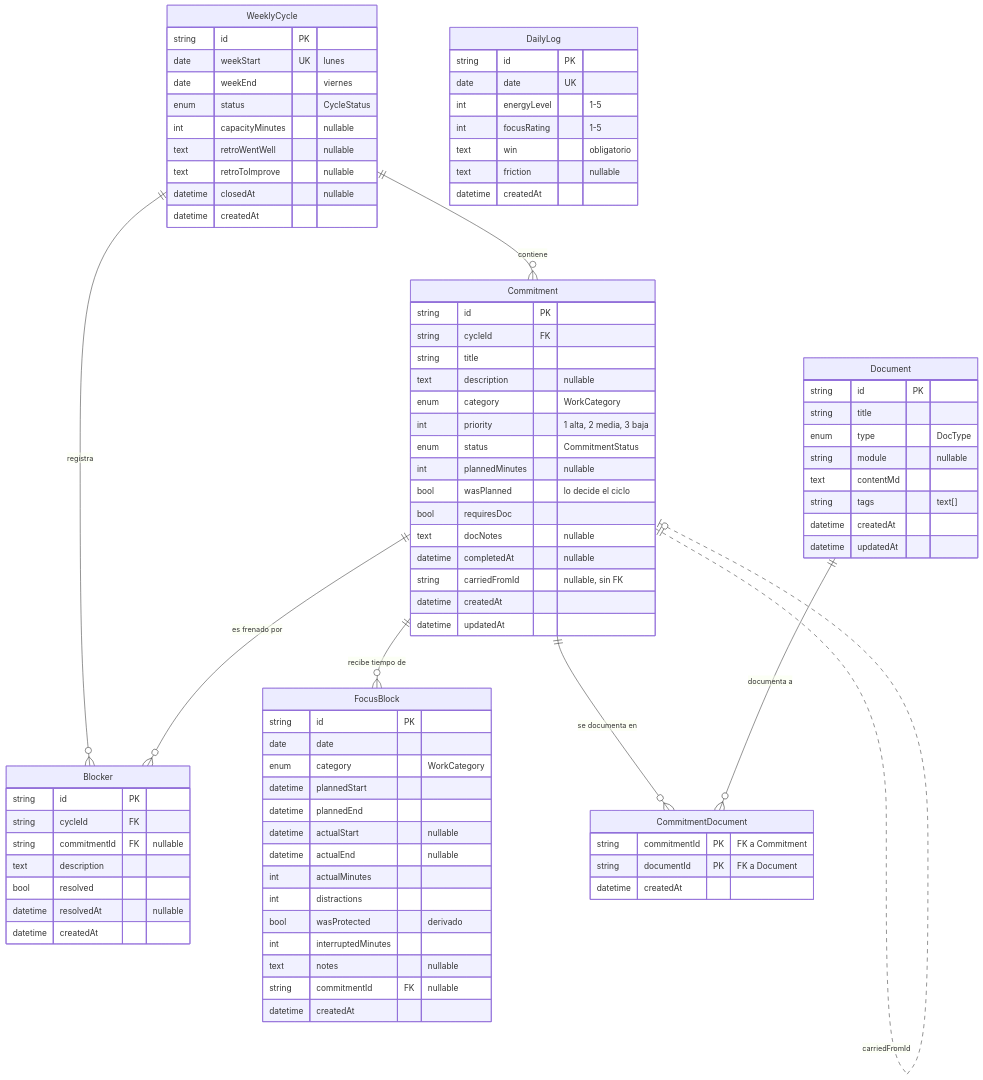
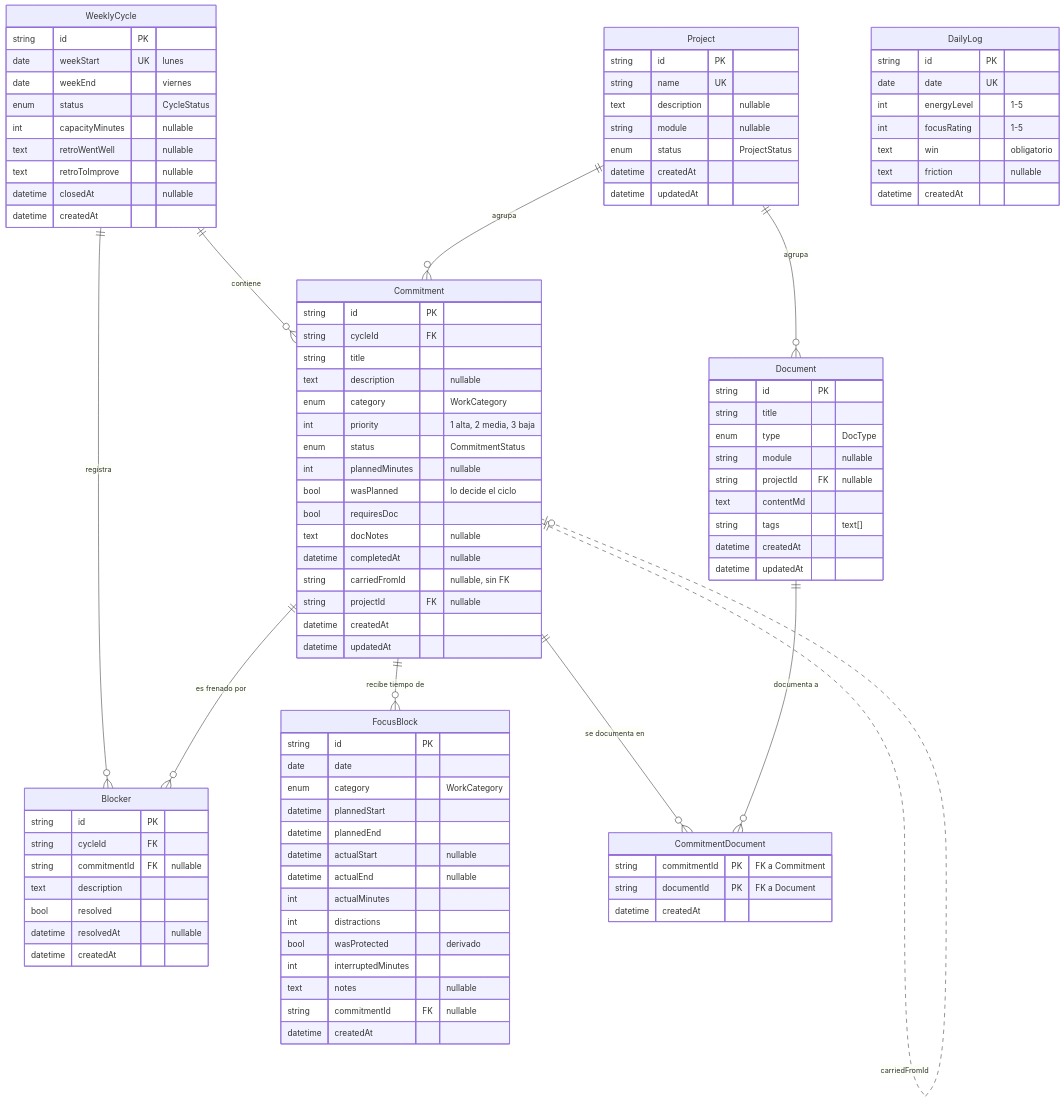
Before and after one commit to AlexanderG8/ritmo: the diagram in docs/UML-ACHITEC-TEC.md, drawn with Mermaid. The commit also changed other lines of this file and 46 other files, not shown here.

```diff
--- a/docs/UML-ACHITEC-TEC.md
+++ b/docs/UML-ACHITEC-TEC.md
@@ -18,11 +18,23 @@
 erDiagram
     WeeklyCycle ||--o{ Commitment : "contiene"
     WeeklyCycle ||--o{ Blocker : "registra"
+    Project     ||--o{ Commitment : "agrupa"
+    Project     ||--o{ Document : "agrupa"
     Commitment  ||--o{ FocusBlock : "recibe tiempo de"
     Commitment  ||--o{ Blocker : "es frenado por"
     Commitment  ||--o{ CommitmentDocument : "se documenta en"
     Document    ||--o{ CommitmentDocument : "documenta a"
     Commitment  ||..o| Commitment : "carriedFromId"
+
+    Project {
+        string   id PK
+        string   name UK
+        text     description "nullable"
+        string   module "nullable"
+        enum     status "ProjectStatus"
+        datetime createdAt
+        datetime updatedAt
+    }
 
     WeeklyCycle {
         string   id PK
@@ -50,6 +62,7 @@
         text     docNotes "nullable"
         datetime completedAt "nullable"
         string   carriedFromId "nullable, sin FK"
+        string   projectId FK "nullable"
         datetime createdAt
         datetime updatedAt
     }
@@ -76,6 +89,7 @@
         string   title
         enum     type "DocType"
         string   module "nullable"
+        string   projectId FK "nullable"
         text     contentMd
         string   tags "text[]"
         datetime createdAt
```
